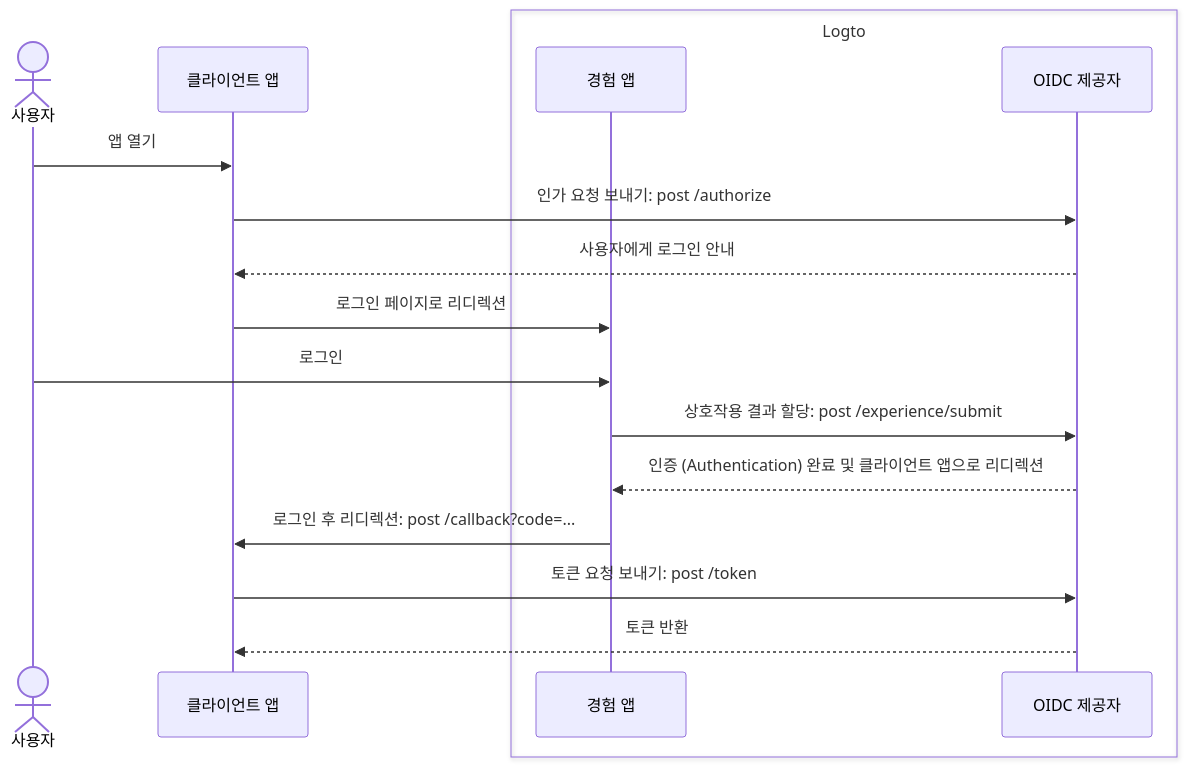
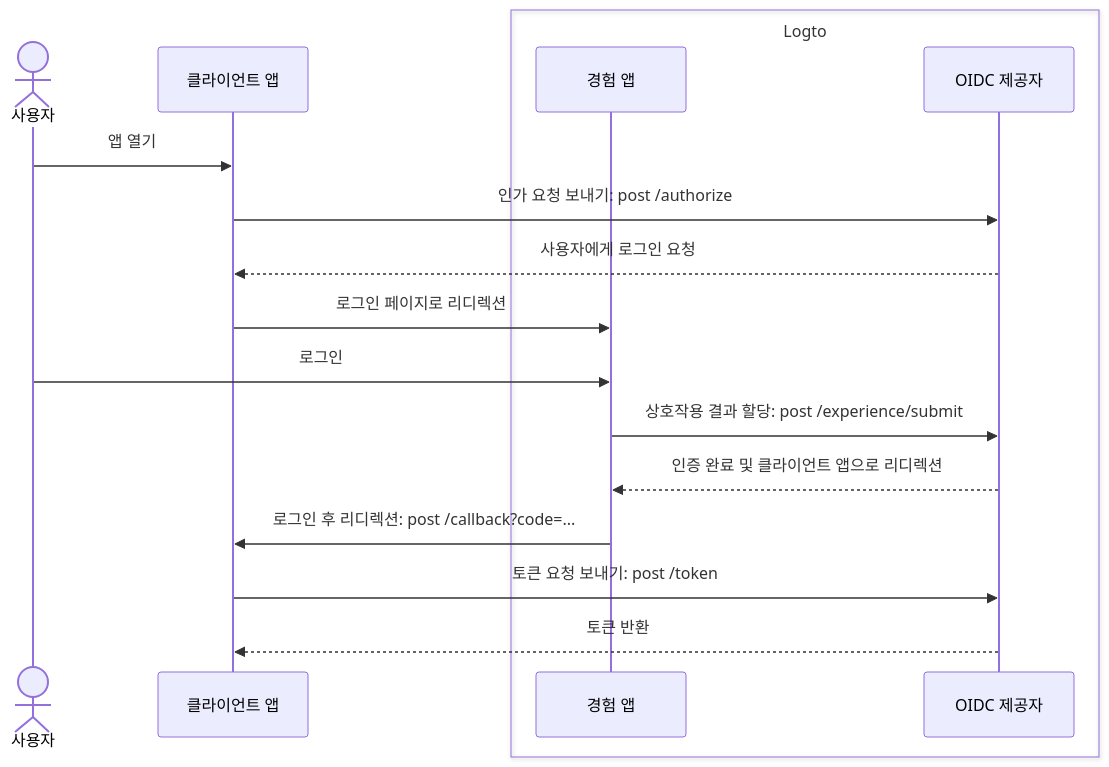
One commit to logto-io/docs changed the first of 2 diagrams in i18n/ko/docusaurus-plugin-content-docs/current/end-user-flows/sign-up-and-sign-in/README.mdx. Above: the diagram before and after it, drawn with Mermaid. The commit also changed other lines of this file and 145 other files, not shown here.

````diff
--- a/i18n/ko/docusaurus-plugin-content-docs/current/end-user-flows/sign-up-and-sign-in/README.mdx
+++ b/i18n/ko/docusaurus-plugin-content-docs/current/end-user-flows/sign-up-and-sign-in/README.mdx
@@ -15,21 +15,21 @@
 ```mermaid
 sequenceDiagram
   actor user as 사용자
   participant client as 클라이언트 앱
 
   box Logto
     participant experience as 경험 앱
     participant oidc as OIDC 제공자
   end
 
   user ->> client: 앱 열기
   client ->> oidc: 인가 요청 보내기: post /authorize
-  oidc -->> client: 사용자에게 로그인 안내
+  oidc -->> client: 사용자에게 로그인 요청
   client ->> experience: 로그인 페이지로 리디렉션
   user ->> experience: 로그인
   experience ->> oidc: 상호작용 결과 할당: post /experience/submit
-  oidc -->> experience: 인증 (Authentication) 완료 및 클라이언트 앱으로 리디렉션
+  oidc -->> experience: 인증 완료 및 클라이언트 앱으로 리디렉션
   experience ->> client: 로그인 후 리디렉션: post /callback?code=...
   client ->> oidc: 토큰 요청 보내기: post /token
   oidc -->> client: 토큰 반환
 ```
````
